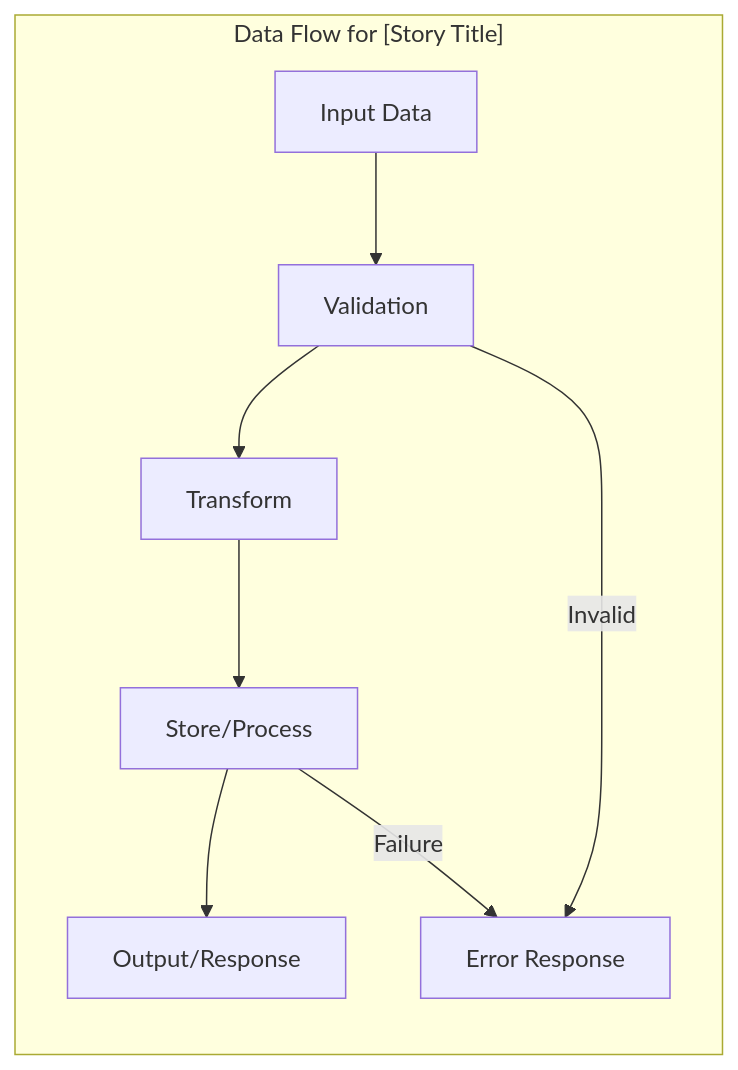
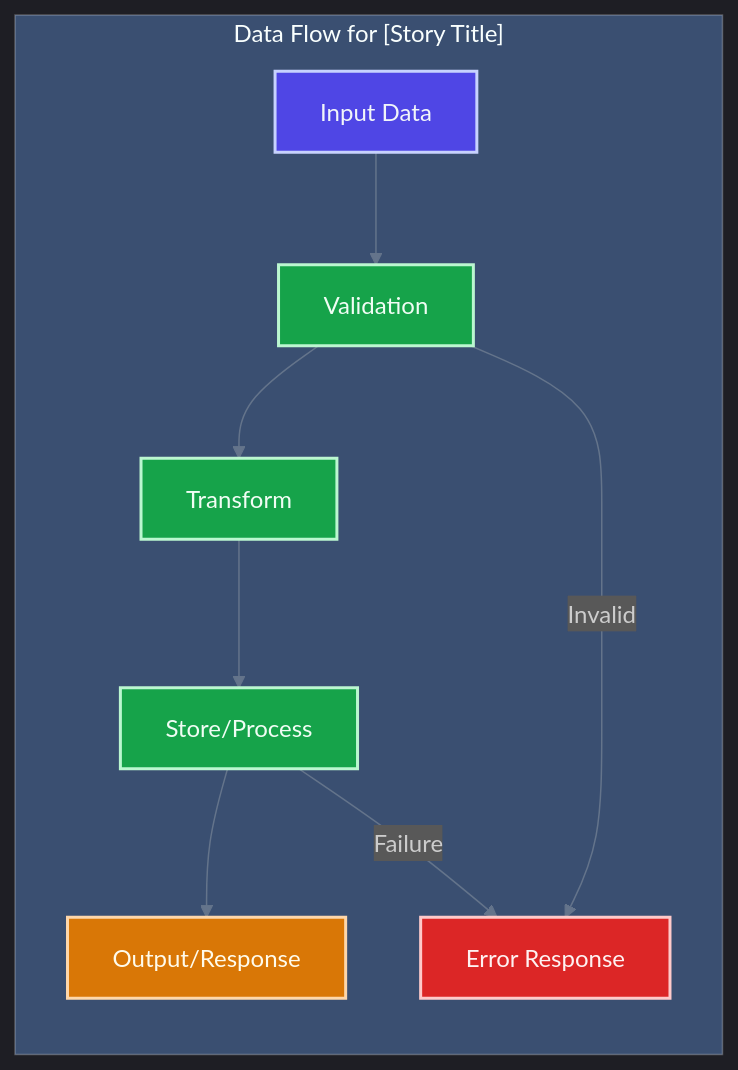
Before and after one commit to TheCowboyAI/cim-start: the third of 4 diagrams in .claude/agents/bdd-expert.md, drawn with Mermaid. The commit also changed other lines of this file and 33 other files, not shown here.

````diff
--- a/.claude/agents/bdd-expert.md
+++ b/.claude/agents/bdd-expert.md
@@ -336,12 +382,23 @@
 ```mermaid
+%%{init: {"theme":"dark","themeVariables":{"primaryColor":"#4f46e5","primaryTextColor":"#f8fafc","primaryBorderColor":"#6366f1","lineColor":"#64748b","secondaryColor":"#1e293b","tertiaryColor":"#0f172a","background":"#0f172a","mainBkg":"#1e293b","secondBkg":"#334155","tertiaryBkg":"#475569"}}}%%
 graph LR
     subgraph "Data Flow for [Story Title]"
         INPUT[Input Data] --> VALIDATE[Validation]
         VALIDATE --> TRANSFORM[Transform]
         TRANSFORM --> STORE[Store/Process]
         STORE --> OUTPUT[Output/Response]
         
         VALIDATE --> |Invalid| ERROR[Error Response]
         STORE --> |Failure| ERROR
     end
+    
+    classDef inputNode fill:#4f46e5,stroke:#c7d2fe,stroke-width:2px,color:#f1f5f9
+    classDef processNode fill:#16a34a,stroke:#bbf7d0,stroke-width:2px,color:#f0fdf4
+    classDef outputNode fill:#d97706,stroke:#fed7aa,stroke-width:2px,color:#fffbeb
+    classDef errorNode fill:#dc2626,stroke:#fecaca,stroke-width:2px,color:#fef2f2
+    
+    class INPUT inputNode
+    class VALIDATE,TRANSFORM,STORE processNode
+    class OUTPUT outputNode
+    class ERROR errorNode
 ```
````
